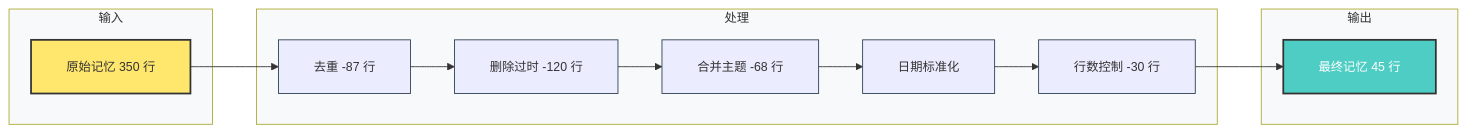
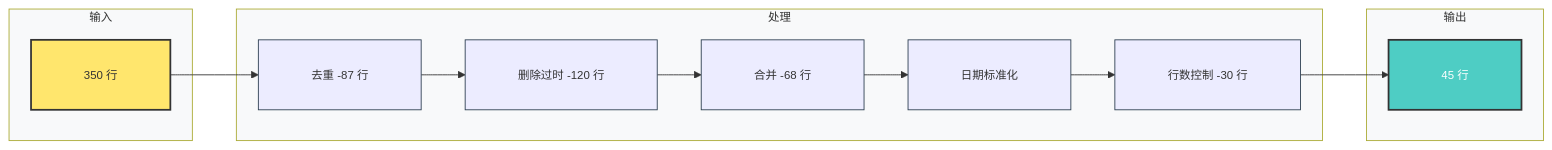
Before and after one commit to yufengyuanx/blog: the fourth of 11 diagrams in docs/research/claude-code-auto-dream.md, drawn with Mermaid. The commit also changed other lines of this file, not shown here.

Commit message:
fix: 最终优化 Mermaid 图表（13px 字体 + 10px 边距 + 30px padding + 精简文字）

````diff
--- a/docs/research/claude-code-auto-dream.md
+++ b/docs/research/claude-code-auto-dream.md
@@ -140,24 +133,24 @@
 ```mermaid
-%%{init: {'theme': 'default', 'themeVariables': { 'fontSize': '14px', 'nodeBorder': '#2c3e50', 'clusterBkg': '#f8f9fa', 'nodeTextMargin': 4 }, 'flowchart': { 'curve': 'basis', 'padding': 20 }}}%%
+%%{init: {'theme': 'default', 'themeVariables': { 'fontSize': '13px', 'nodeBorder': '#2c3e50', 'clusterBkg': '#f8f9fa', 'nodeTextMargin': 10 }, 'flowchart': { 'curve': 'basis', 'padding': 30 }}}%%
 graph LR
     subgraph 输入
-        I1[原始记忆 350 行]
+        I1[350 行]
     end
     
     subgraph 处理
         P1[去重 -87 行] --> P2[删除过时 -120 行]
-        P2 --> P3[合并主题 -68 行]
+        P2 --> P3[合并 -68 行]
         P3 --> P4[日期标准化]
         P4 --> P5[行数控制 -30 行]
     end
     
     subgraph 输出
-        O1[最终记忆 45 行]
+        O1[45 行]
     end
     
     I1 --> P1
     P5 --> O1
     
     style I1 fill:#ffe66d,stroke:#333,stroke-width:2px
     style O1 fill:#4ecdc4,color:#fff,stroke:#333,stroke-width:2px
 ```
````
